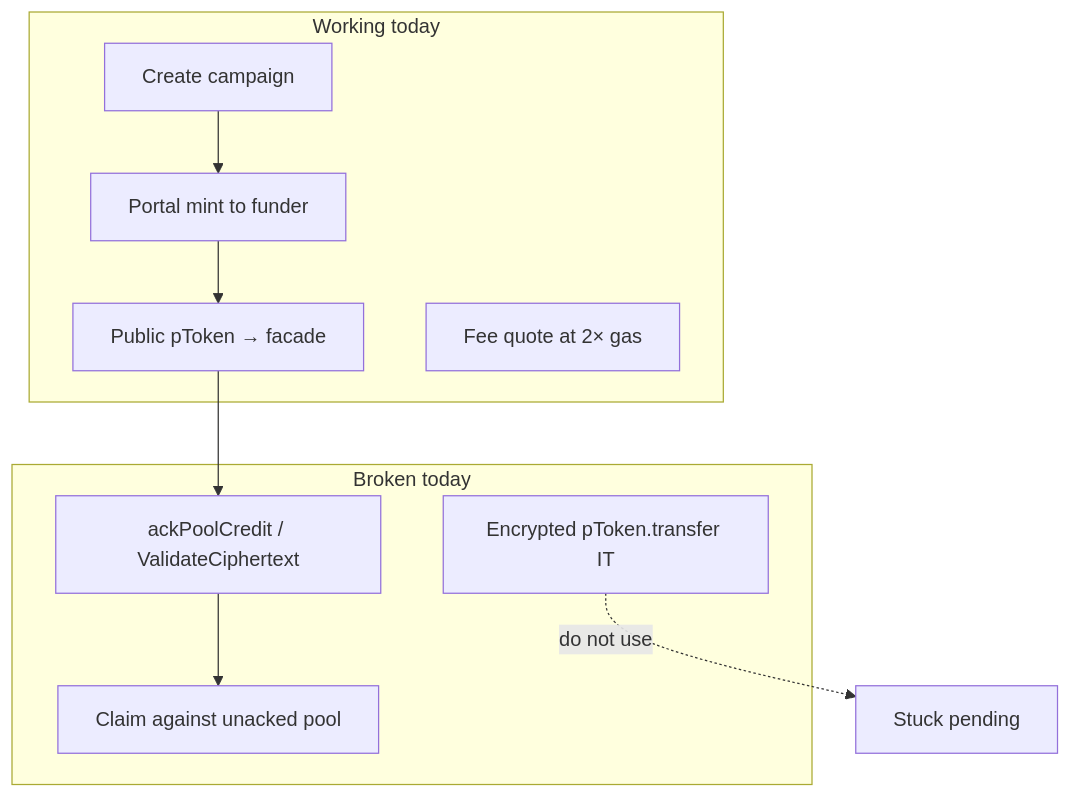
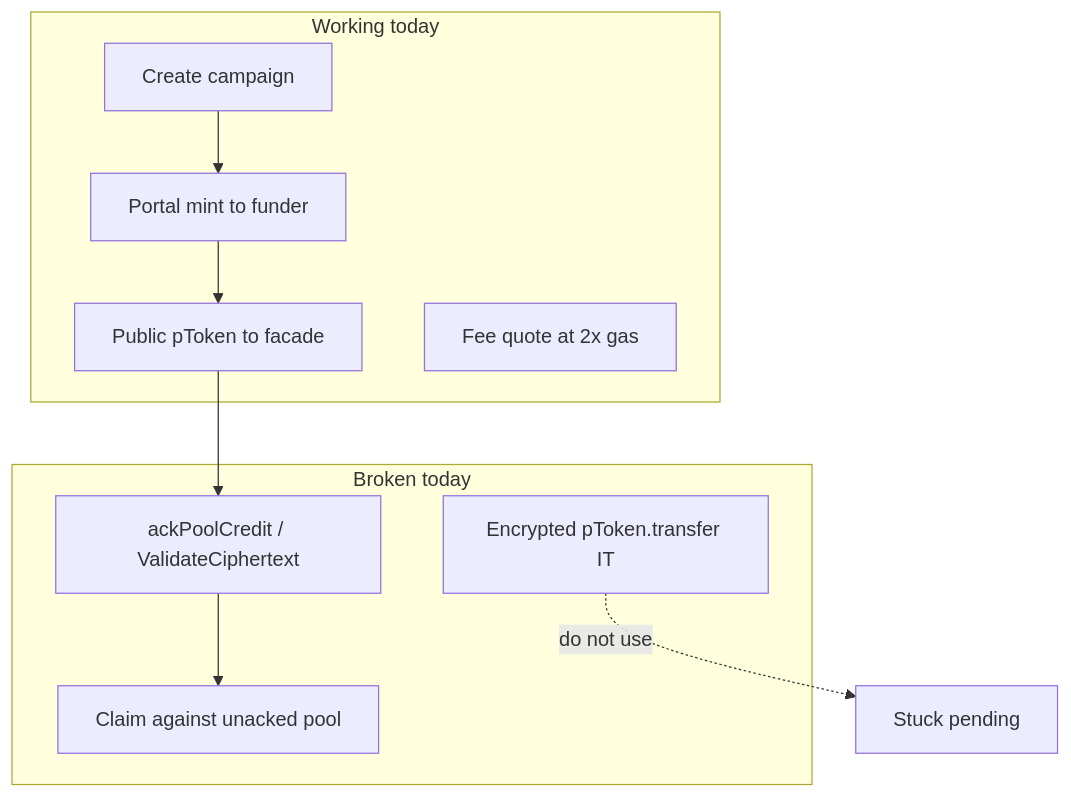
Before and after one commit to cotitech-io/hrpayroll-ui: the third of 3 diagrams in ui/docs/fundCampaign.md, drawn with Mermaid. The commit also changed other lines of this file and 1 other file, not shown here.

First line of the commit message:
Fix mermaid syntax so fund and create flow diagrams render

````diff
--- a/ui/docs/fundCampaign.md
+++ b/ui/docs/fundCampaign.md
@@ -102,20 +101,20 @@
 ```mermaid
 flowchart TB
   subgraph works [Working today]
     W1[Create campaign]
     W2[Portal mint to funder]
-    W3[Public pToken → facade]
-    W4[Fee quote at 2× gas]
+    W3[Public pToken to facade]
+    W4[Fee quote at 2x gas]
   end
 
   subgraph breaks [Broken today]
     B1[Encrypted pToken.transfer IT]
     B2[ackPoolCredit / ValidateCiphertext]
     B3[Claim against unacked pool]
   end
 
   W1 --> W2 --> W3
   W3 --> B2
   B2 --> B3
   B1 -.->|do not use| Dead[Stuck pending]
 ```
````
